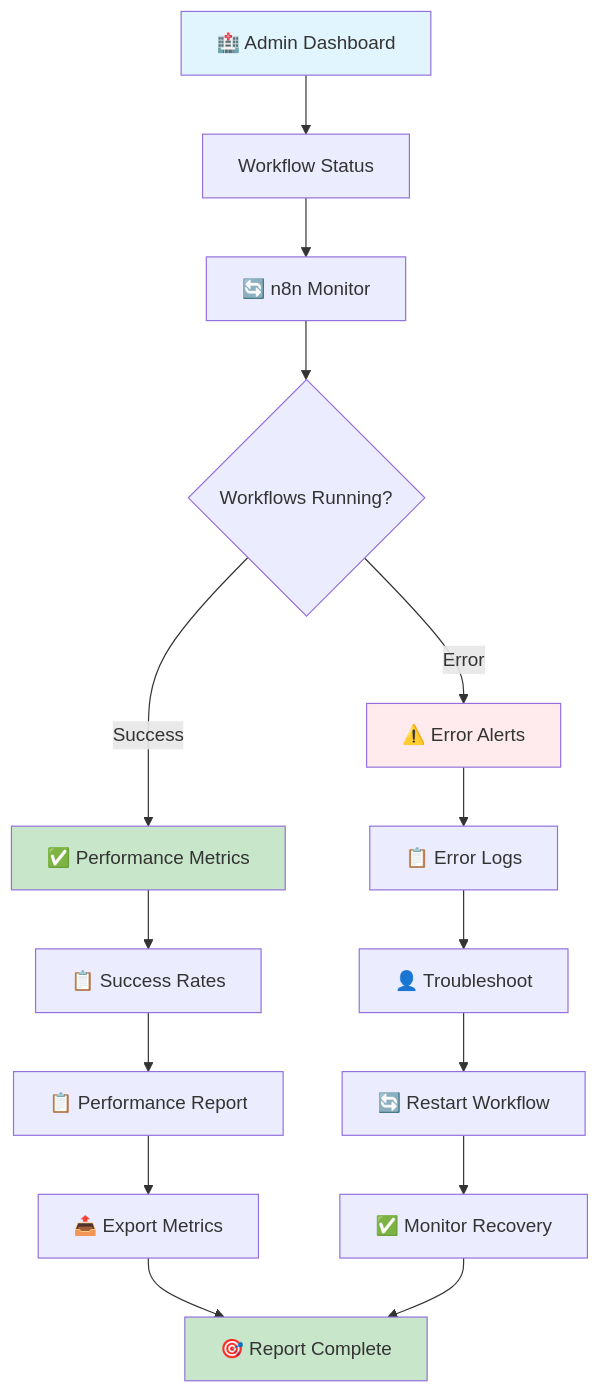
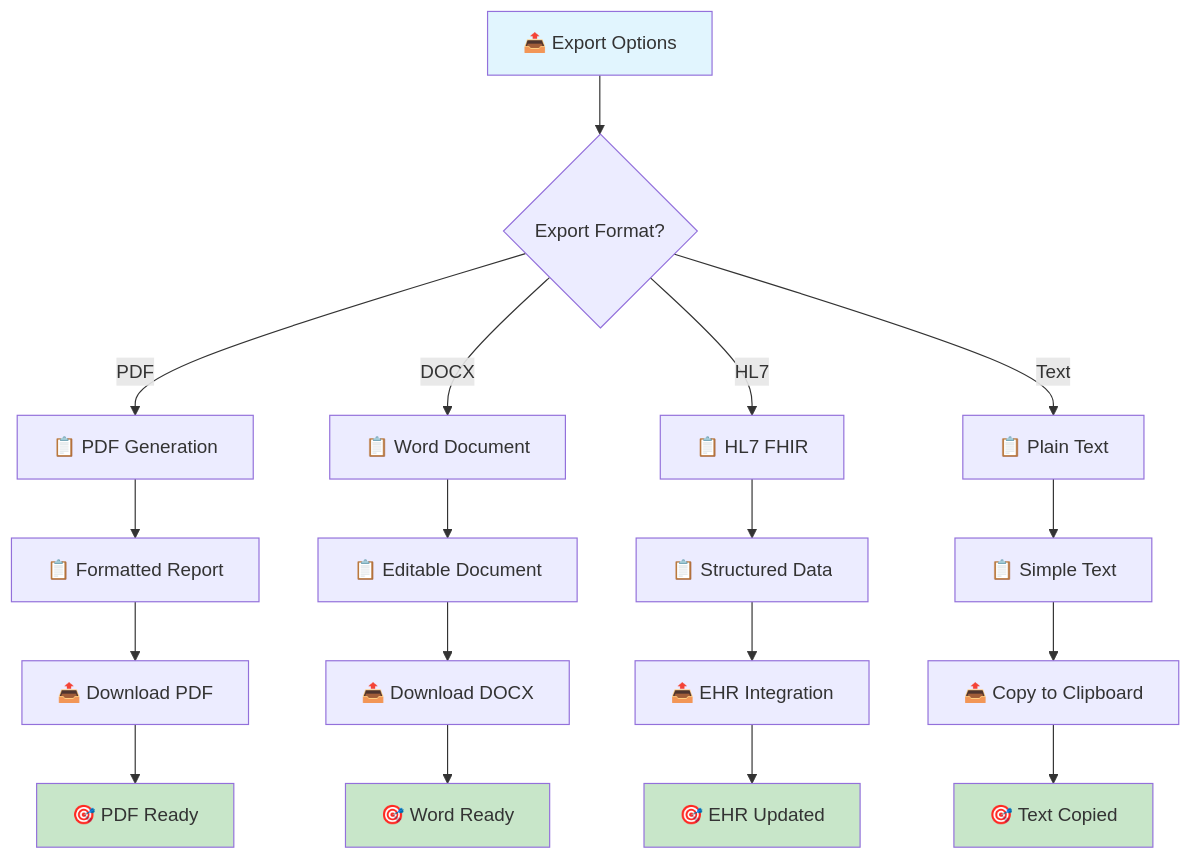
One commit to Duraman3444/PreExamChartingAgent changed the tenth of 16 diagrams in docs/wireflow-diagrams.md. Above: the diagram before and after it, drawn with Mermaid. The commit also changed other lines of this file and 5 other files, not shown here.

````diff
--- a/docs/wireflow-diagrams.md
+++ b/docs/wireflow-diagrams.md
@@ -225,22 +298,26 @@
 ```mermaid
 flowchart TD
-    A[🏥 Admin Dashboard] --> B[Workflow Status]
-    B --> C[🔄 n8n Monitor]
-    C --> D{Workflows Running?}
-    D -->|Error| E[⚠️ Error Alerts]
-    D -->|Success| F[✅ Performance Metrics]
-    E --> G[📋 Error Logs]
-    F --> H[📋 Success Rates]
-    G --> I[👤 Troubleshoot]
-    H --> J[📋 Performance Report]
-    I --> K[🔄 Restart Workflow]
-    J --> L[📤 Export Metrics]
-    K --> M[✅ Monitor Recovery]
-    L --> N[🎯 Report Complete]
-    M --> N
+    A[📤 Export Options] --> B{Export Format?}
+    B -->|PDF| C[📋 PDF Generation]
+    B -->|DOCX| D[📋 Word Document]
+    B -->|HL7| E[📋 HL7 FHIR]
+    B -->|Text| F[📋 Plain Text]
+    C --> G[📋 Formatted Report]
+    D --> H[📋 Editable Document]
+    E --> I[📋 Structured Data]
+    F --> J[📋 Simple Text]
+    G --> K[📤 Download PDF]
+    H --> L[📤 Download DOCX]
+    I --> M[📤 EHR Integration]
+    J --> N[📤 Copy to Clipboard]
+    K --> O[🎯 PDF Ready]
+    L --> P[🎯 Word Ready]
+    M --> Q[🎯 EHR Updated]
+    N --> R[🎯 Text Copied]
     
     style A fill:#e1f5fe
-    style N fill:#c8e6c9
-    style E fill:#ffebee
-    style F fill:#c8e6c9
+    style O fill:#c8e6c9
+    style P fill:#c8e6c9
+    style Q fill:#c8e6c9
+    style R fill:#c8e6c9
 ```
````
